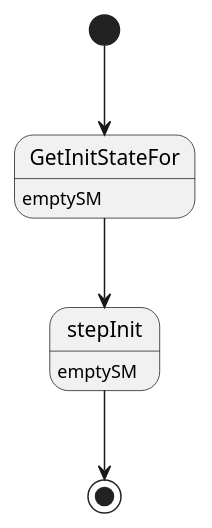
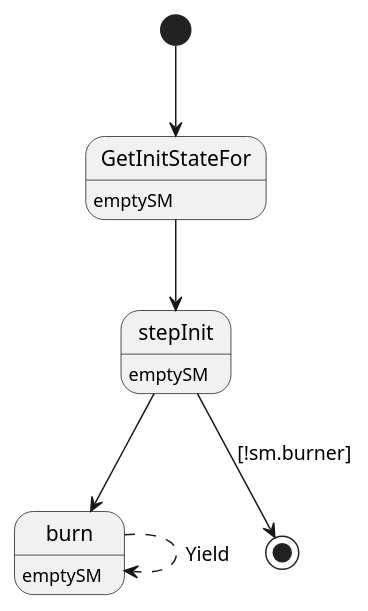
One commit to insolar/assured-ledger changed the diagram in ledger-core/conveyor/conveyor_test.plantuml. Above: the diagram before and after it, drawn with PlantUML. The commit also changed 1 other file, not shown here.

```diff
--- a/ledger-core/conveyor/conveyor_test.plantuml
+++ b/ledger-core/conveyor/conveyor_test.plantuml
@@ -1,9 +1,13 @@
 @startuml
 state "GetInitStateFor" as T00_S001
 T00_S001 : emptySM
 [*] --> T00_S001
 T00_S001 --> T00_S002
+state "burn" as T00_S003
+T00_S003 : emptySM
+T00_S003 --[dashed]> T00_S003 : Yield
 state "stepInit" as T00_S002
 T00_S002 : emptySM
-T00_S002 --> [*]
+T00_S002 --> [*] : [!sm.burner]
+T00_S002 --> T00_S003
 @enduml
```
